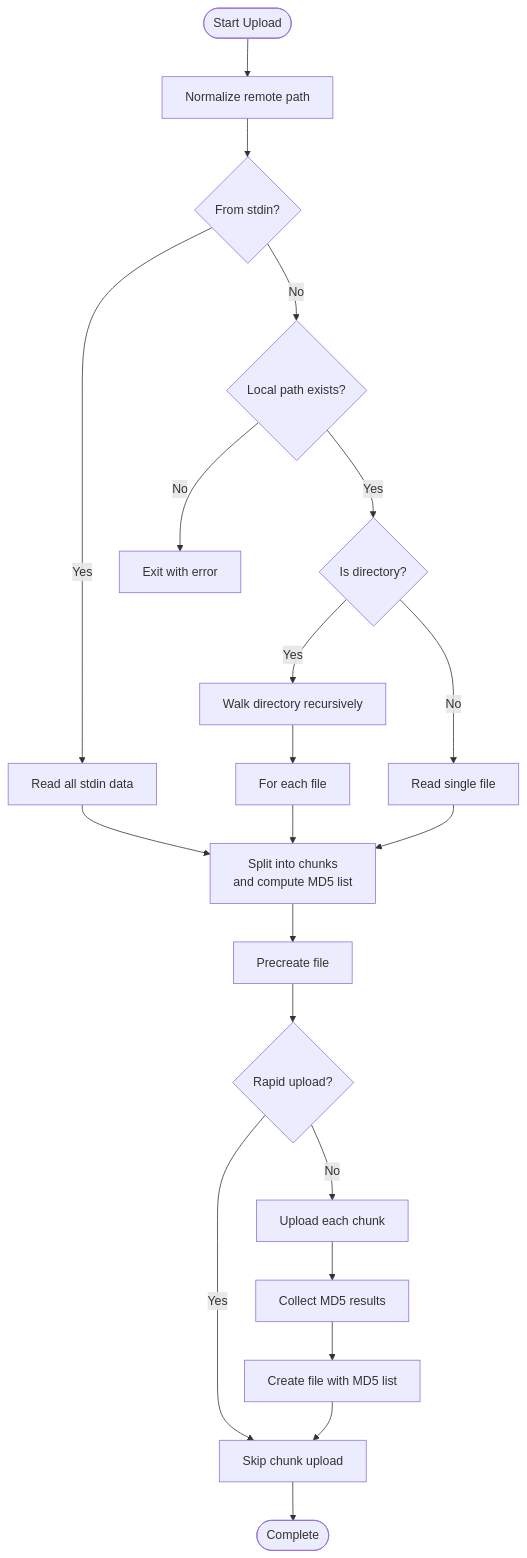
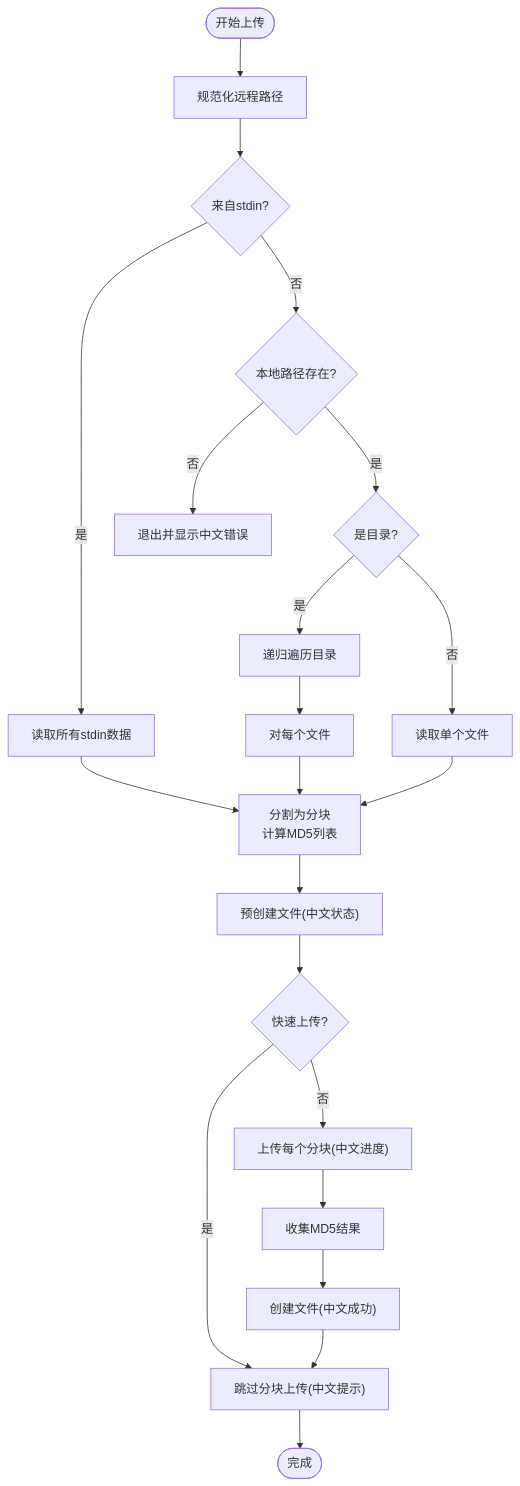
Before and after one commit to yuexiaoliang/baiduwangpan-manager: the fourth of 7 diagrams in .qoder/repowiki/en/content/Project Overview.md, drawn with Mermaid. The commit also changed other lines of this file and 30 other files, not shown here.

````diff
--- a/.qoder/repowiki/en/content/Project Overview.md
+++ b/.qoder/repowiki/en/content/Project Overview.md
@@ -234,23 +260,23 @@
 ```mermaid
 flowchart TD
-Start(["Start Upload"]) --> Normalize["Normalize remote path"]
-Normalize --> StdinCheck{"From stdin?"}
-StdinCheck --> |Yes| ReadStdin["Read all stdin data"]
-StdinCheck --> |No| Exists{"Local path exists?"}
-Exists --> |No| ErrorExit["Exit with error"]
-Exists --> |Yes| DirCheck{"Is directory?"}
-DirCheck --> |Yes| Walk["Walk directory recursively"]
-DirCheck --> |No| ReadFile["Read single file"]
-Walk --> ForEach["For each file"]
-ForEach --> Compute["Split into chunks<br/>and compute MD5 list"]
+Start(["开始上传"]) --> Normalize["规范化远程路径"]
+Normalize --> StdinCheck{"来自stdin?"}
+StdinCheck --> |是| ReadStdin["读取所有stdin数据"]
+StdinCheck --> |否| Exists{"本地路径存在?"}
+Exists --> |否| ErrorExit["退出并显示中文错误"]
+Exists --> |是| DirCheck{"是目录?"}
+DirCheck --> |是| Walk["递归遍历目录"]
+DirCheck --> |否| ReadFile["读取单个文件"]
+Walk --> ForEach["对每个文件"]
+ForEach --> Compute["分割为分块<br/>计算MD5列表"]
 ReadStdin --> Compute
 ReadFile --> Compute
-Compute --> Precreate["Precreate file"]
-Precreate --> ReturnType{"Rapid upload?"}
-ReturnType --> |Yes| Done["Skip chunk upload"]
-ReturnType --> |No| Loop["Upload each chunk"]
-Loop --> MD5Collect["Collect MD5 results"]
-MD5Collect --> Create["Create file with MD5 list"]
+Compute --> Precreate["预创建文件(中文状态)"]
+Precreate --> ReturnType{"快速上传?"}
+ReturnType --> |是| Done["跳过分块上传(中文提示)"]
+ReturnType --> |否| Loop["上传每个分块(中文进度)"]
+Loop --> MD5Collect["收集MD5结果"]
+MD5Collect --> Create["创建文件(中文成功)"]
 Create --> Done
-Done --> End(["Complete"])
+Done --> End(["完成"])
 ```
````
